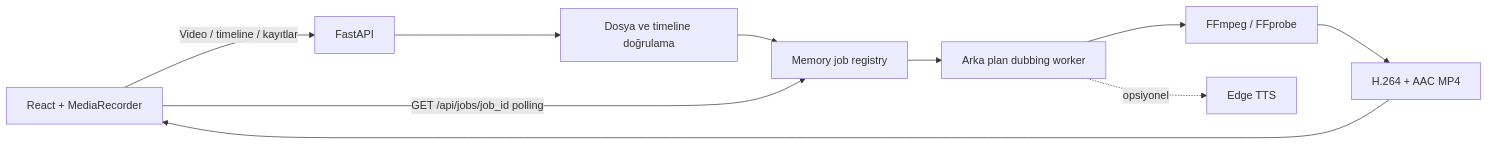
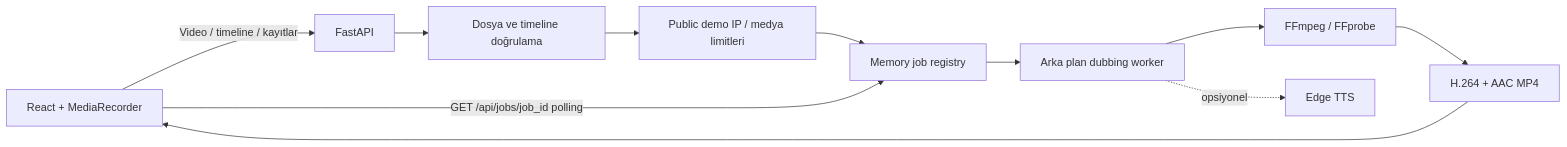
Before and after one commit to berat1834/dublajlab: the diagram in README.md, drawn with Mermaid. The commit also changed other lines of this file and 18 other files, not shown here.

Commit message:
feat: add public demo safety limits

````diff
--- a/README.md
+++ b/README.md
@@ -146,12 +148,13 @@
 ```mermaid
 flowchart LR
     Browser[React + MediaRecorder] -->|Video / timeline / kayıtlar| API[FastAPI]
     API --> Validation[Dosya ve timeline doğrulama]
-    Validation --> Registry[Memory job registry]
+    Validation --> Limit[Public demo IP / medya limitleri]
+    Limit --> Registry[Memory job registry]
     Registry --> Worker[Arka plan dubbing worker]
     Browser -->|GET /api/jobs/job_id polling| Registry
     Worker --> FFmpeg[FFmpeg / FFprobe]
     Worker -. opsiyonel .-> TTS[Edge TTS]
     FFmpeg --> Output[H.264 + AAC MP4]
     Output --> Browser
 ```
````
